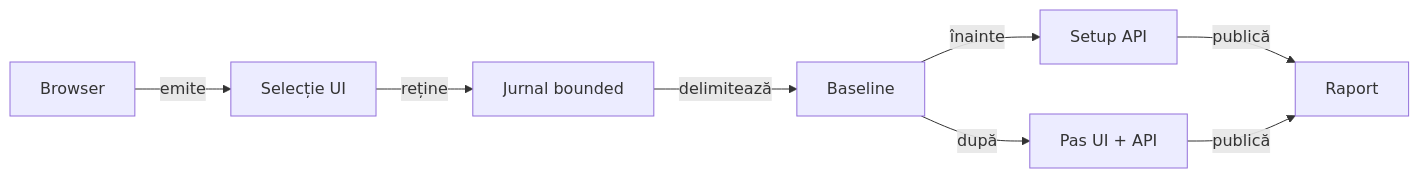
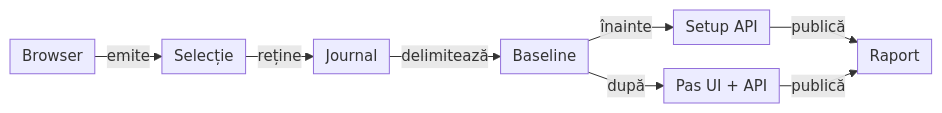
Before and after one commit to crististefanita/atf_j0: the third of 11 diagrams in docs/ATF_Architecture.md, drawn with Mermaid. The commit also changed other lines of this file and 97 other files, not shown here.

````diff
--- a/docs/ATF_Architecture.md
+++ b/docs/ATF_Architecture.md
@@ -266,10 +289,11 @@
 ```mermaid
+%%{init: {"themeVariables":{"fontSize":"15px"},"themeCSS":".nodeLabel, .nodeLabel p { font-size: 15px !important; line-height: 1.35 !important; } .edgeLabel, .edgeLabel p { font-size: 12px !important; font-weight: 400 !important; line-height: 1.2 !important; } .edgeLabel .labelBkg, .edgeLabel p { background: transparent !important; } .edgeLabel foreignObject { transform: translateY(-18px); overflow: visible; } .node rect { rx: 6px; ry: 6px; }","flowchart":{"curve":"linear","nodeSpacing":24,"rankSpacing":24,"padding":6,"diagramPadding":20}}}%%
 flowchart LR
-    Browser["Browser"] -->|emite| Select["Selecție UI"]
-    Select -->|reține| Journal["Jurnal bounded"]
+    Browser["Browser"] -->|emite| Select["Selecție"]
+    Select -->|reține| Journal["Journal"]
     Journal -->|delimitează| Baseline["Baseline"]
     Baseline -->|înainte| Setup["Setup API"]
     Baseline -->|după| Step["Pas UI + API"]
     Setup -->|publică| Report["Raport"]
     Step -->|publică| Report
 ```
````
